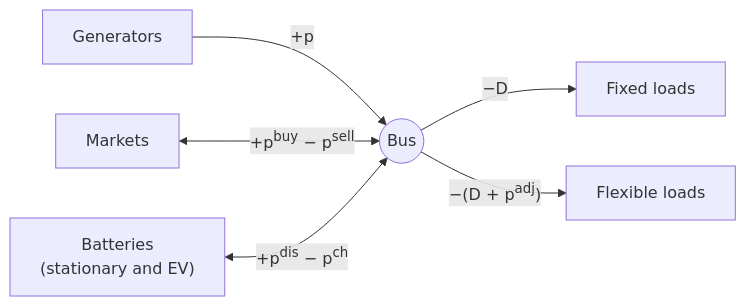
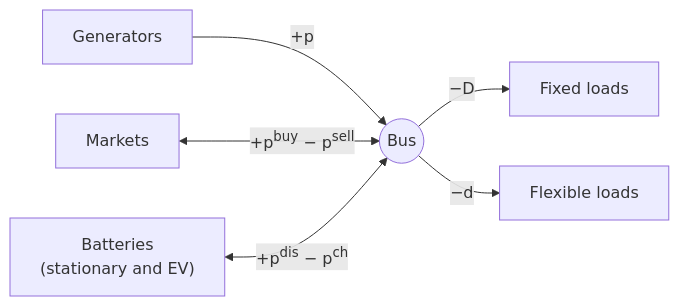
The diagram in docs/formulation/power_balance.md (ramirocrc/odys), drawn with Mermaid before and after one commit. The commit also changed other lines of this file and 48 other files, not shown here.

First line of the commit message:
Give flexible loads their range through a FlexibleLoadProfile

````diff
--- a/docs/formulation/power_balance.md
+++ b/docs/formulation/power_balance.md
@@ -15,8 +15,8 @@
 ```mermaid
 flowchart LR
     G["Generators"] -->|"+p"| Bus(("Bus"))
     M["Markets"] <-->|"+p<sup>buy</sup> − p<sup>sell</sup>"| Bus
     K["Batteries<br/>(stationary and EV)"] <-->|"+p<sup>dis</sup> − p<sup>ch</sup>"| Bus
     Bus -->|"−D"| F["Fixed loads"]
-    Bus -->|"−(D + p<sup>adj</sup>)"| L["Flexible loads"]
+    Bus -->|"−d"| L["Flexible loads"]
 ```
````
